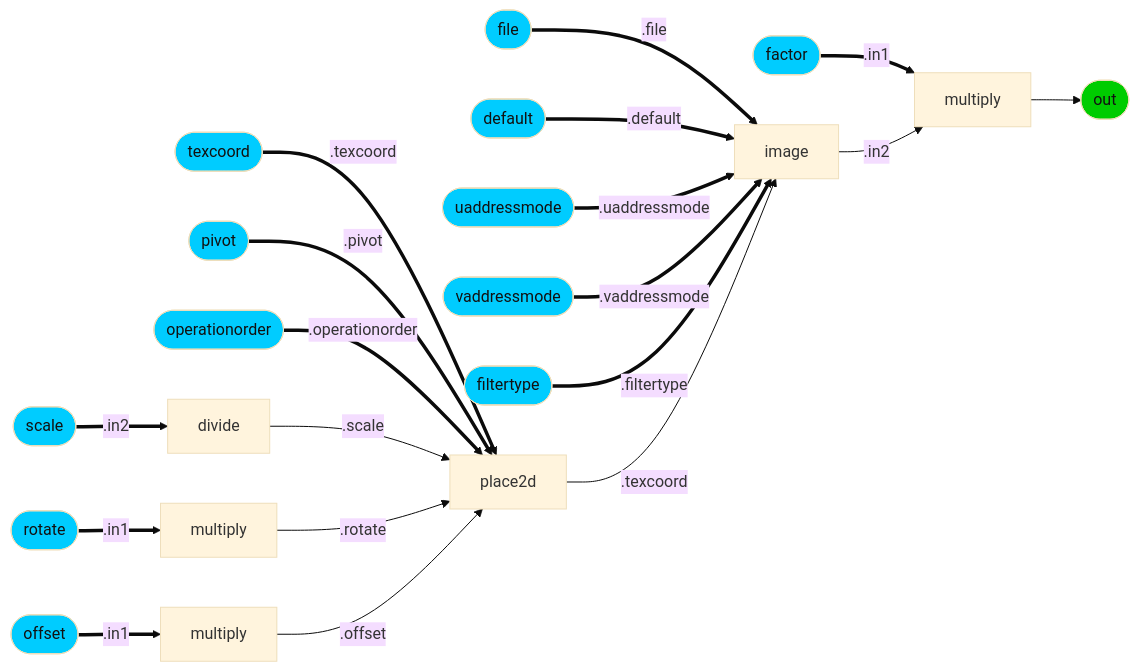
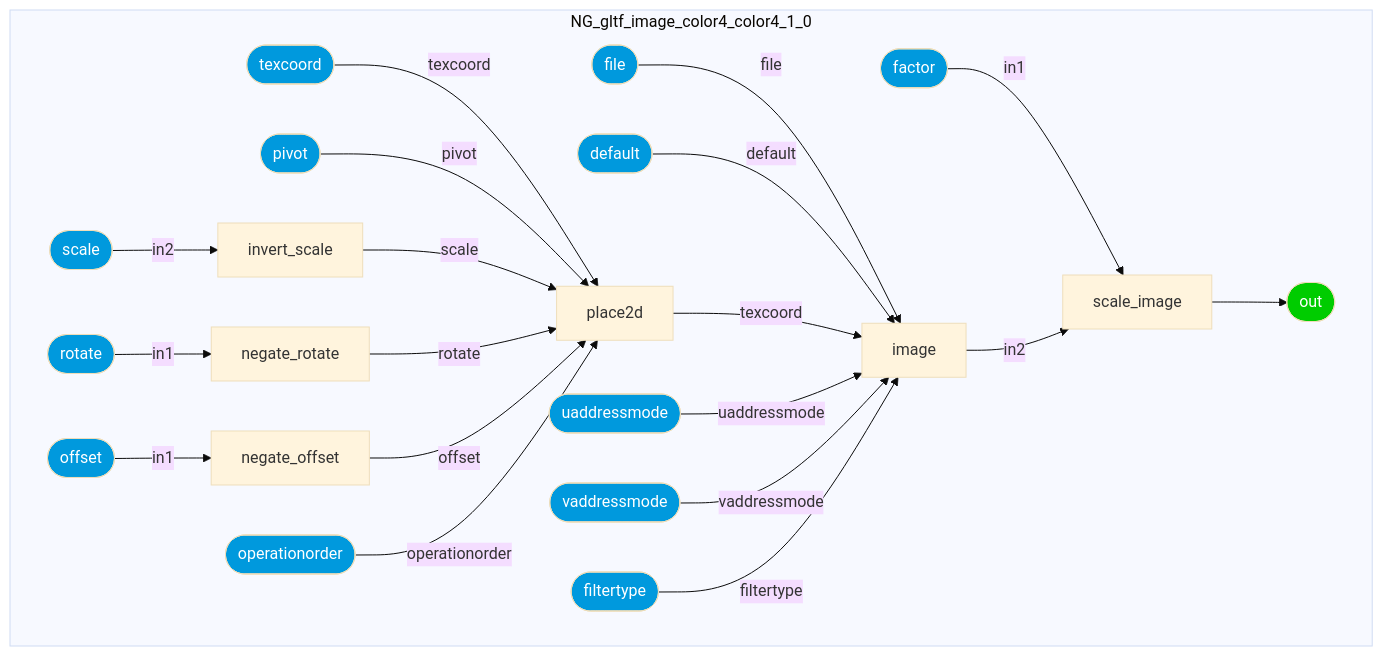
Before and after one commit to kwokcb/MaterialX_Learn: the fourth of 36 diagrams in documents/definitions/bxdf_doc.md, drawn with Mermaid (base theme). The commit also changed other lines of this file and 1015 other files, not shown here.

````diff
--- a/documents/definitions/bxdf_doc.md
+++ b/documents/definitions/bxdf_doc.md
@@ -431,35 +524,55 @@
 ```mermaid
-graph LR; 
-    NG_gltf_image_color4_color4_1_0_scale_image[multiply] --> NG_gltf_image_color4_color4_1_0_out([out])
-    style NG_gltf_image_color4_color4_1_0_out fill:#0C0, color:#111
-    NG_gltf_image_color4_color4_1_0_factorINT([factor]) ==.in1==> NG_gltf_image_color4_color4_1_0_scale_image[multiply]
-    style NG_gltf_image_color4_color4_1_0_factorINT fill:#0CF, color:#111
-    NG_gltf_image_color4_color4_1_0_image[image] --".in2"--> NG_gltf_image_color4_color4_1_0_scale_image[multiply]
-    NG_gltf_image_color4_color4_1_0_fileINT([file]) ==.file==> NG_gltf_image_color4_color4_1_0_image[image]
-    style NG_gltf_image_color4_color4_1_0_fileINT fill:#0CF, color:#111
-    NG_gltf_image_color4_color4_1_0_dfaultINT([default]) ==.default==> NG_gltf_image_color4_color4_1_0_image[image]
-    style NG_gltf_image_color4_color4_1_0_dfaultINT fill:#0CF, color:#111
-    NG_gltf_image_color4_color4_1_0_uaddressmodeINT([uaddressmode]) ==.uaddressmode==> NG_gltf_image_color4_color4_1_0_image[image]
-    style NG_gltf_image_color4_color4_1_0_uaddressmodeINT fill:#0CF, color:#111
-    NG_gltf_image_color4_color4_1_0_vaddressmodeINT([vaddressmode]) ==.vaddressmode==> NG_gltf_image_color4_color4_1_0_image[image]
-    style NG_gltf_image_color4_color4_1_0_vaddressmodeINT fill:#0CF, color:#111
-    NG_gltf_image_color4_color4_1_0_filtertypeINT([filtertype]) ==.filtertype==> NG_gltf_image_color4_color4_1_0_image[image]
-    style NG_gltf_image_color4_color4_1_0_filtertypeINT fill:#0CF, color:#111
-    NG_gltf_image_color4_color4_1_0_place2d[place2d] --".texcoord"--> NG_gltf_image_color4_color4_1_0_image[image]
-    NG_gltf_image_color4_color4_1_0_texcoordINT([texcoord]) ==.texcoord==> NG_gltf_image_color4_color4_1_0_place2d[place2d]
-    style NG_gltf_image_color4_color4_1_0_texcoordINT fill:#0CF, color:#111
-    NG_gltf_image_color4_color4_1_0_pivotINT([pivot]) ==.pivot==> NG_gltf_image_color4_color4_1_0_place2d[place2d]
-    style NG_gltf_image_color4_color4_1_0_pivotINT fill:#0CF, color:#111
-    NG_gltf_image_color4_color4_1_0_operationorderINT([operationorder]) ==.operationorder==> NG_gltf_image_color4_color4_1_0_place2d[place2d]
-    style NG_gltf_image_color4_color4_1_0_operationorderINT fill:#0CF, color:#111
-    NG_gltf_image_color4_color4_1_0_invert_scale[divide] --".scale"--> NG_gltf_image_color4_color4_1_0_place2d[place2d]
-    NG_gltf_image_color4_color4_1_0_scaleINT([scale]) ==.in2==> NG_gltf_image_color4_color4_1_0_invert_scale[divide]
-    style NG_gltf_image_color4_color4_1_0_scaleINT fill:#0CF, color:#111
-    NG_gltf_image_color4_color4_1_0_negate_rotate[multiply] --".rotate"--> NG_gltf_image_color4_color4_1_0_place2d[place2d]
-    NG_gltf_image_color4_color4_1_0_rotateINT([rotate]) ==.in1==> NG_gltf_image_color4_color4_1_0_negate_rotate[multiply]
-    style NG_gltf_image_color4_color4_1_0_rotateINT fill:#0CF, color:#111
-    NG_gltf_image_color4_color4_1_0_negate_offset[multiply] --".offset"--> NG_gltf_image_color4_color4_1_0_place2d[place2d]
-    NG_gltf_image_color4_color4_1_0_offsetINT([offset]) ==.in1==> NG_gltf_image_color4_color4_1_0_negate_offset[multiply]
-    style NG_gltf_image_color4_color4_1_0_offsetINT fill:#0CF, color:#111
-
+graph TB
+    subgraph NG_gltf_image_color4_color4_1_0
+    NG_gltf_image_color4_color4_1_0_image[image]
+    NG_gltf_image_color4_color4_1_0_invert_scale[invert_scale]
+    NG_gltf_image_color4_color4_1_0_negate_rotate[negate_rotate]
+    NG_gltf_image_color4_color4_1_0_negate_offset[negate_offset]
+    NG_gltf_image_color4_color4_1_0_place2d[place2d]
+    NG_gltf_image_color4_color4_1_0_scale_image[scale_image]
+    style NG_gltf_image_color4_color4_1_0_out  fill:#0C0, color:#FFF
+    NG_gltf_image_color4_color4_1_0_out([out])
+    style NG_gltf_image_color4_color4_1_0_file  fill:#09D, color:#FFF
+    NG_gltf_image_color4_color4_1_0_file([file])
+    style NG_gltf_image_color4_color4_1_0_default1  fill:#09D, color:#FFF
+    NG_gltf_image_color4_color4_1_0_default1([default])
+    style NG_gltf_image_color4_color4_1_0_uaddressmode  fill:#09D, color:#FFF
+    NG_gltf_image_color4_color4_1_0_uaddressmode([uaddressmode])
+    style NG_gltf_image_color4_color4_1_0_vaddressmode  fill:#09D, color:#FFF
+    NG_gltf_image_color4_color4_1_0_vaddressmode([vaddressmode])
+    style NG_gltf_image_color4_color4_1_0_filtertype  fill:#09D, color:#FFF
+    NG_gltf_image_color4_color4_1_0_filtertype([filtertype])
+    style NG_gltf_image_color4_color4_1_0_scale  fill:#09D, color:#FFF
+    NG_gltf_image_color4_color4_1_0_scale([scale])
+    style NG_gltf_image_color4_color4_1_0_rotate  fill:#09D, color:#FFF
+    NG_gltf_image_color4_color4_1_0_rotate([rotate])
+    style NG_gltf_image_color4_color4_1_0_offset  fill:#09D, color:#FFF
+    NG_gltf_image_color4_color4_1_0_offset([offset])
+    style NG_gltf_image_color4_color4_1_0_texcoord  fill:#09D, color:#FFF
+    NG_gltf_image_color4_color4_1_0_texcoord([texcoord])
+    style NG_gltf_image_color4_color4_1_0_pivot  fill:#09D, color:#FFF
+    NG_gltf_image_color4_color4_1_0_pivot([pivot])
+    style NG_gltf_image_color4_color4_1_0_operationorder  fill:#09D, color:#FFF
+    NG_gltf_image_color4_color4_1_0_operationorder([operationorder])
+    style NG_gltf_image_color4_color4_1_0_factor  fill:#09D, color:#FFF
+    NG_gltf_image_color4_color4_1_0_factor([factor])
+    end
+    NG_gltf_image_color4_color4_1_0_file --"file"--> NG_gltf_image_color4_color4_1_0_image
+    NG_gltf_image_color4_color4_1_0_default1 --"default"--> NG_gltf_image_color4_color4_1_0_image
+    NG_gltf_image_color4_color4_1_0_place2d --"texcoord"--> NG_gltf_image_color4_color4_1_0_image
+    NG_gltf_image_color4_color4_1_0_uaddressmode --"uaddressmode"--> NG_gltf_image_color4_color4_1_0_image
+    NG_gltf_image_color4_color4_1_0_vaddressmode --"vaddressmode"--> NG_gltf_image_color4_color4_1_0_image
+    NG_gltf_image_color4_color4_1_0_filtertype --"filtertype"--> NG_gltf_image_color4_color4_1_0_image
+    NG_gltf_image_color4_color4_1_0_scale --"in2"--> NG_gltf_image_color4_color4_1_0_invert_scale
+    NG_gltf_image_color4_color4_1_0_rotate --"in1"--> NG_gltf_image_color4_color4_1_0_negate_rotate
+    NG_gltf_image_color4_color4_1_0_offset --"in1"--> NG_gltf_image_color4_color4_1_0_negate_offset
+    NG_gltf_image_color4_color4_1_0_texcoord --"texcoord"--> NG_gltf_image_color4_color4_1_0_place2d
+    NG_gltf_image_color4_color4_1_0_pivot --"pivot"--> NG_gltf_image_color4_color4_1_0_place2d
+    NG_gltf_image_color4_color4_1_0_invert_scale --"scale"--> NG_gltf_image_color4_color4_1_0_place2d
+    NG_gltf_image_color4_color4_1_0_negate_rotate --"rotate"--> NG_gltf_image_color4_color4_1_0_place2d
+    NG_gltf_image_color4_color4_1_0_negate_offset --"offset"--> NG_gltf_image_color4_color4_1_0_place2d
+    NG_gltf_image_color4_color4_1_0_operationorder --"operationorder"--> NG_gltf_image_color4_color4_1_0_place2d
+    NG_gltf_image_color4_color4_1_0_factor --"in1"--> NG_gltf_image_color4_color4_1_0_scale_image
+    NG_gltf_image_color4_color4_1_0_image --"in2"--> NG_gltf_image_color4_color4_1_0_scale_image
+    NG_gltf_image_color4_color4_1_0_scale_image --> NG_gltf_image_color4_color4_1_0_out
 ```
````
